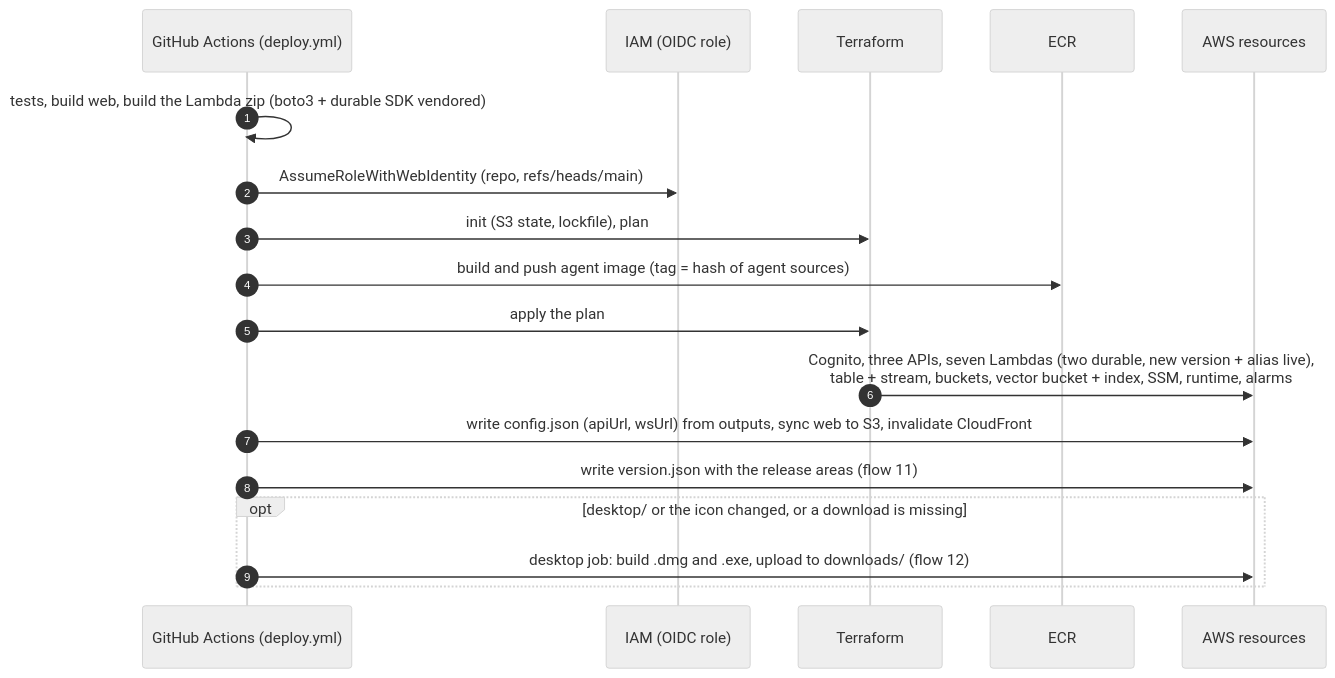
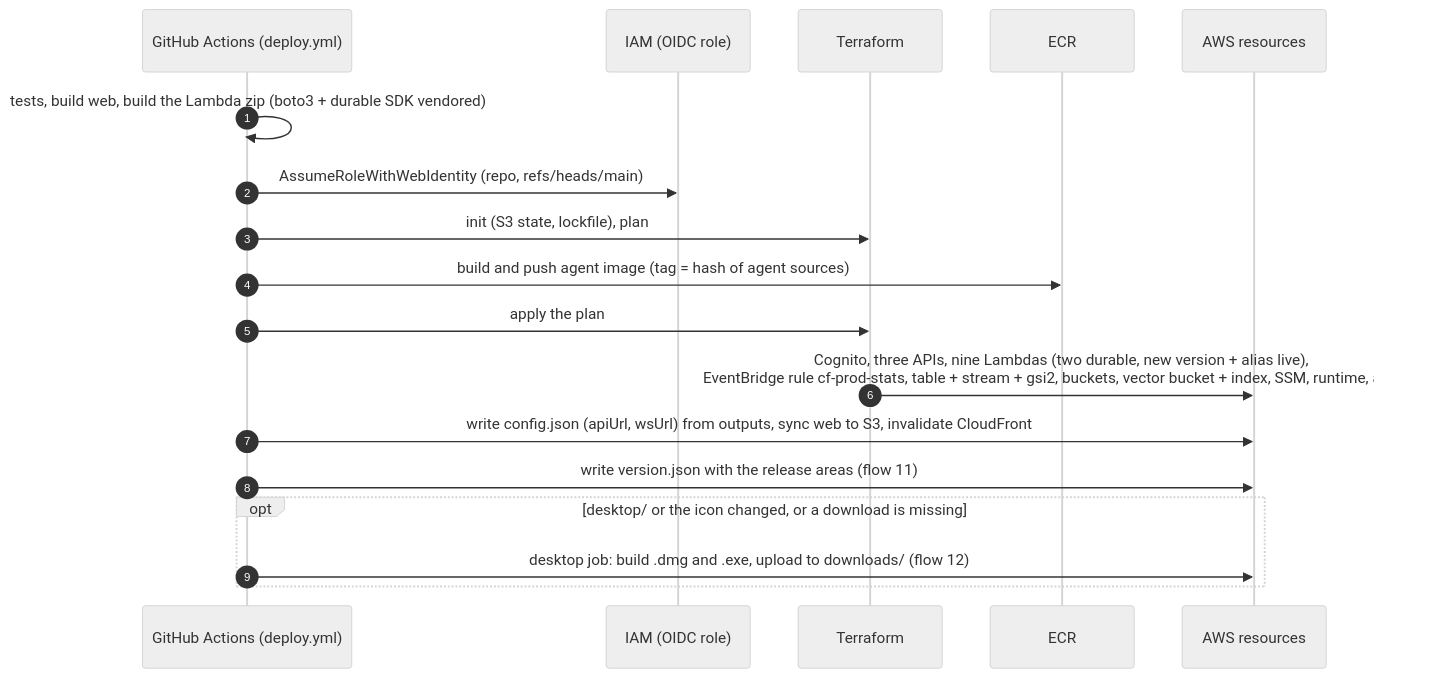
One commit to Lamo2real/clip-factory changed diagram 12 of 17 in docs/ARCHITECTURE.md. Above: the diagram before and after it, drawn with Mermaid (neutral theme). The commit also changed other lines of this file and 12 other files, not shown here.

````diff
--- a/docs/ARCHITECTURE.md
+++ b/docs/ARCHITECTURE.md
@@ -442,20 +462,20 @@
 ```mermaid
 sequenceDiagram
   autonumber
   participant G as GitHub Actions (deploy.yml)
   participant I as IAM (OIDC role)
   participant TF as Terraform
   participant E as ECR
   participant AWS as AWS resources
   G->>G: tests, build web, build the Lambda zip (boto3 + durable SDK vendored)
   G->>I: AssumeRoleWithWebIdentity (repo, refs/heads/main)
   G->>TF: init (S3 state, lockfile), plan
   G->>E: build and push agent image (tag = hash of agent sources)
   G->>TF: apply the plan
-  TF->>AWS: Cognito, three APIs, seven Lambdas (two durable, new version + alias live),<br/>table + stream, buckets, vector bucket + index, SSM, runtime, alarms
+  TF->>AWS: Cognito, three APIs, nine Lambdas (two durable, new version + alias live),<br/>EventBridge rule cf-prod-stats, table + stream + gsi2, buckets, vector bucket + index, SSM, runtime, alarms
   G->>AWS: write config.json (apiUrl, wsUrl) from outputs, sync web to S3, invalidate CloudFront
   G->>AWS: write version.json with the release areas (flow 11)
   opt desktop/ or the icon changed, or a download is missing
     G->>AWS: desktop job: build .dmg and .exe, upload to downloads/ (flow 12)
   end
 ```
````
